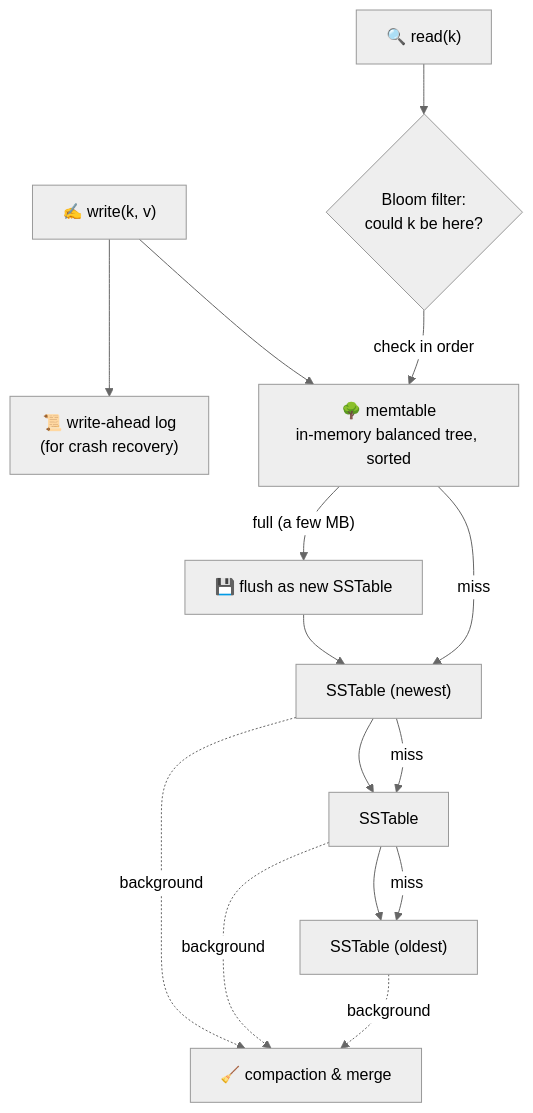
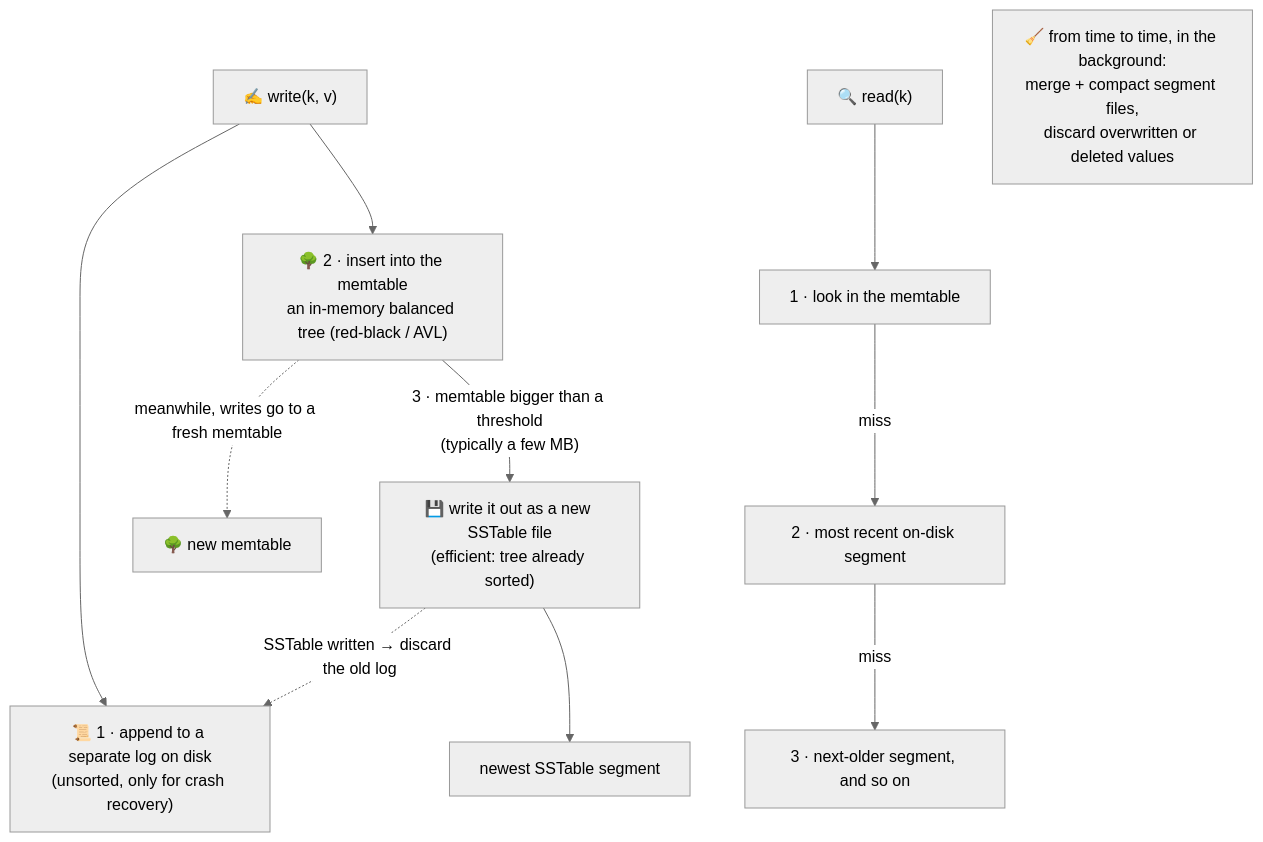
Before and after one commit to pratikguru998/ddia-book: the sixth of 20 diagrams in docs/chapters/part-1/03-storage-retrieval.mdx, drawn with Mermaid (neutral theme). The commit also changed other lines of this file and 13 other files, not shown here.

Commit message:
Expand all 12 chapters: every book subsection, deeper notes, ~320 diagrams

````diff
--- a/docs/chapters/part-1/03-storage-retrieval.mdx
+++ b/docs/chapters/part-1/03-storage-retrieval.mdx
@@ -75,14 +191,15 @@
 ```mermaid
 flowchart TB
-  W["✍️ write(k, v)"] --> WAL["📜 write-ahead log<br/>(for crash recovery)"]
-  W --> MT["🌳 memtable<br/>in-memory balanced tree, sorted"]
-  MT -->|"full (a few MB)"| FL["💾 flush as new SSTable"]
-  FL --> L0["SSTable (newest)"]
-  L0 --> L1["SSTable"]
-  L1 --> L2["SSTable (oldest)"]
-  L0 & L1 & L2 -.->|"background"| CMP["🧹 compaction & merge"]
+  W["✍️ write(k, v)"] --> WAL["📜 1 · append to a separate log on disk<br/>(unsorted, only for crash recovery)"]
+  W --> MT["🌳 2 · insert into the memtable<br/>an in-memory balanced tree (red-black / AVL)"]
+  MT -->|"3 · memtable bigger than a threshold<br/>(typically a few MB)"| FL["💾 write it out as a new SSTable file<br/>(efficient: tree already sorted)"]
+  FL --> NEW["newest SSTable segment"]
+  MT -.->|"meanwhile, writes go to a fresh memtable"| MT2["🌳 new memtable"]
+  FL -.->|"SSTable written → discard the old log"| WAL
 
-  R["🔍 read(k)"] --> BF{"Bloom filter:<br/>could k be here?"}
-  BF -->|"check in order"| MT
-  MT -->|"miss"| L0 -->|"miss"| L1 -->|"miss"| L2
+  R["🔍 read(k)"] --> R1["1 · look in the memtable"]
+  R1 -->|"miss"| R2["2 · most recent on-disk segment"]
+  R2 -->|"miss"| R3["3 · next-older segment, and so on"]
+
+  BG["🧹 from time to time, in the background:<br/>merge + compact segment files,<br/>discard overwritten or deleted values"]
 ```
````
